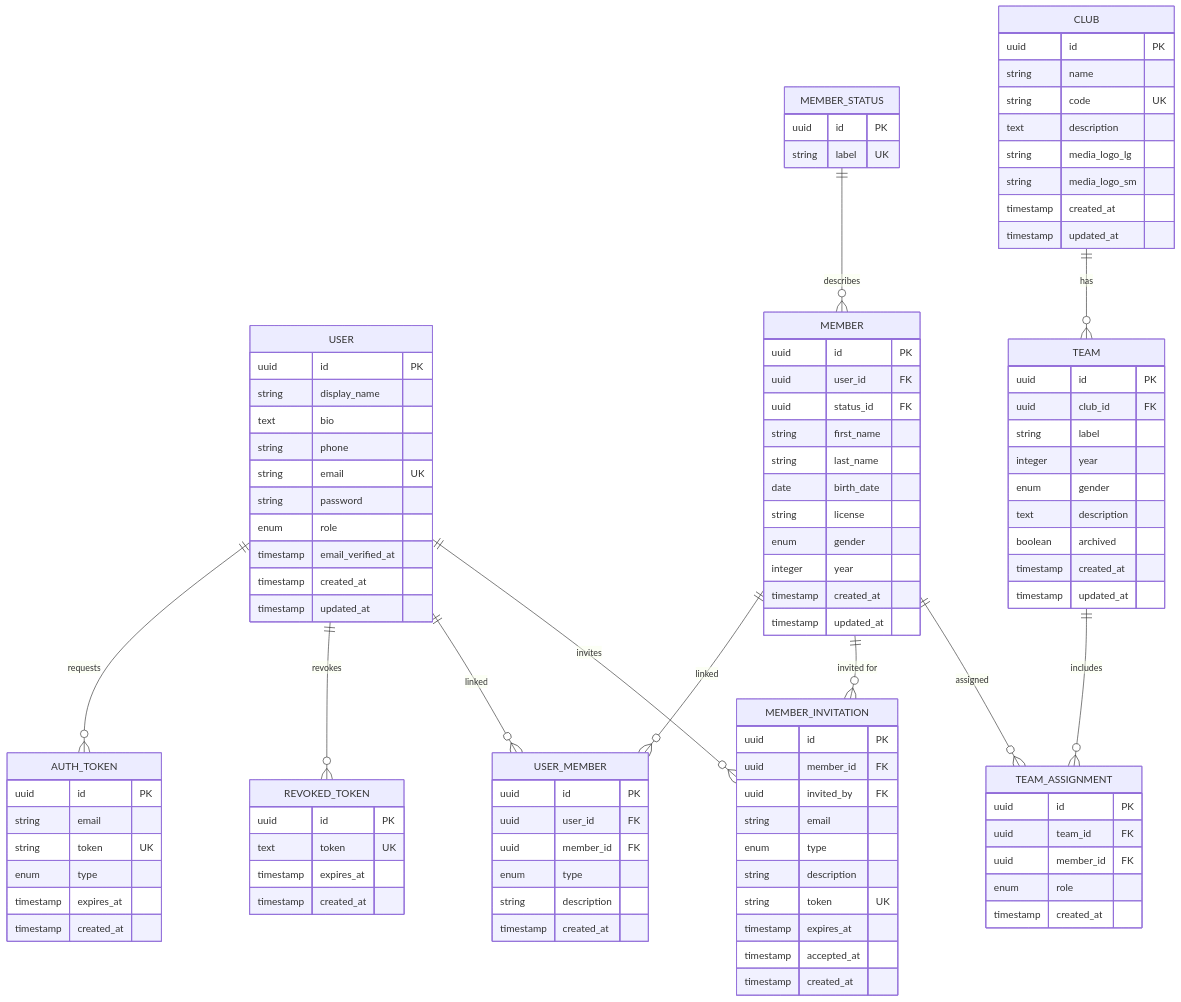
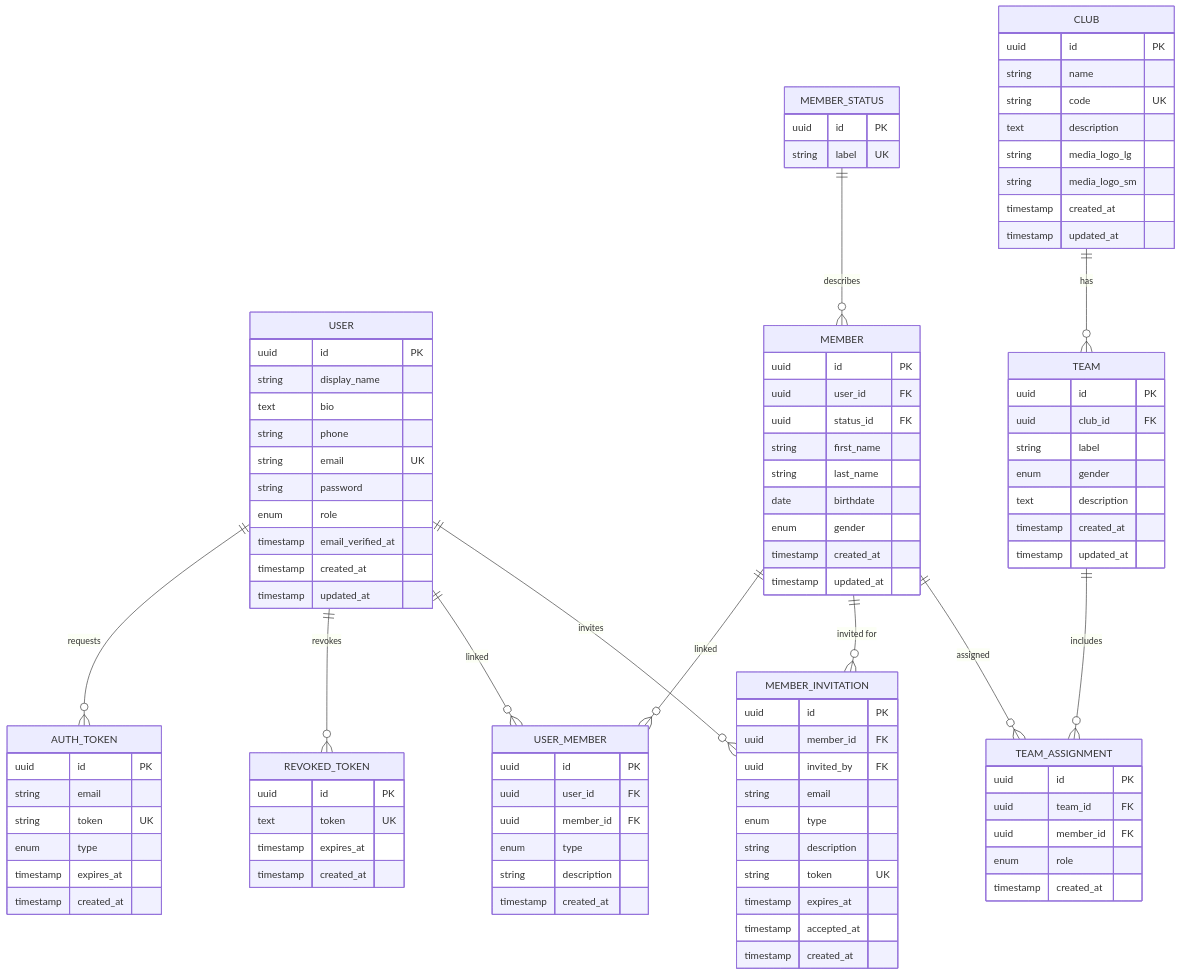
One commit to antoinefricker/u-club changed the diagram in documentation/database-diagram.mermaid. Above: the diagram before and after it, drawn with Mermaid. The commit also changed 10 other files, not shown here.

Commit message:
refactor: rename birth_date to birthdate and drop year from members table

```diff
--- a/documentation/database-diagram.mermaid
+++ b/documentation/database-diagram.mermaid
@@ -1,114 +1,110 @@
 erDiagram
     USER {
         uuid id PK
         string display_name
         text bio
         string phone
         string email UK
         string password
         enum role
         timestamp email_verified_at
         timestamp created_at
         timestamp updated_at
     }
 
     AUTH_TOKEN {
         uuid id PK
         string email
         string token UK
         enum type
         timestamp expires_at
         timestamp created_at
     }
 
     CLUB {
         uuid id PK
         string name
         string code UK
         text description
         string media_logo_lg
         string media_logo_sm
         timestamp created_at
         timestamp updated_at
     }
 
     TEAM {
         uuid id PK
         uuid club_id FK
         string label
-        integer year
         enum gender
         text description
-        boolean archived
         timestamp created_at
         timestamp updated_at
     }
 
     MEMBER_STATUS {
         uuid id PK
         string label UK
     }
 
     MEMBER {
         uuid id PK
         uuid user_id FK
         uuid status_id FK
         string first_name
         string last_name
-        date birth_date
-        string license
+        date birthdate
         enum gender
-        integer year
         timestamp created_at
         timestamp updated_at
     }
 
     TEAM_ASSIGNMENT {
         uuid id PK
         uuid team_id FK
         uuid member_id FK
         enum role
         timestamp created_at
     }
 
     USER_MEMBER {
         uuid id PK
         uuid user_id FK
         uuid member_id FK
         enum type
         string description
         timestamp created_at
     }
 
     MEMBER_INVITATION {
         uuid id PK
         uuid member_id FK
         uuid invited_by FK
         string email
         enum type
         string description
         string token UK
         timestamp expires_at
         timestamp accepted_at
         timestamp created_at
     }
 
     REVOKED_TOKEN {
         uuid id PK
         text token UK
         timestamp expires_at
         timestamp created_at
     }
 
     %% ── Relationships ────────────────────────────────────
 
     USER          ||--o{ AUTH_TOKEN        : "requests"
     USER          ||--o{ REVOKED_TOKEN      : "revokes"
     CLUB          ||--o{ TEAM               : "has"
     USER          ||--o{ USER_MEMBER         : "linked"
     MEMBER        ||--o{ USER_MEMBER         : "linked"
     USER          ||--o{ MEMBER_INVITATION   : "invites"
     MEMBER        ||--o{ MEMBER_INVITATION   : "invited for"
     MEMBER_STATUS ||--o{ MEMBER             : "describes"
     MEMBER        ||--o{ TEAM_ASSIGNMENT    : "assigned"
     TEAM          ||--o{ TEAM_ASSIGNMENT    : "includes"
```
